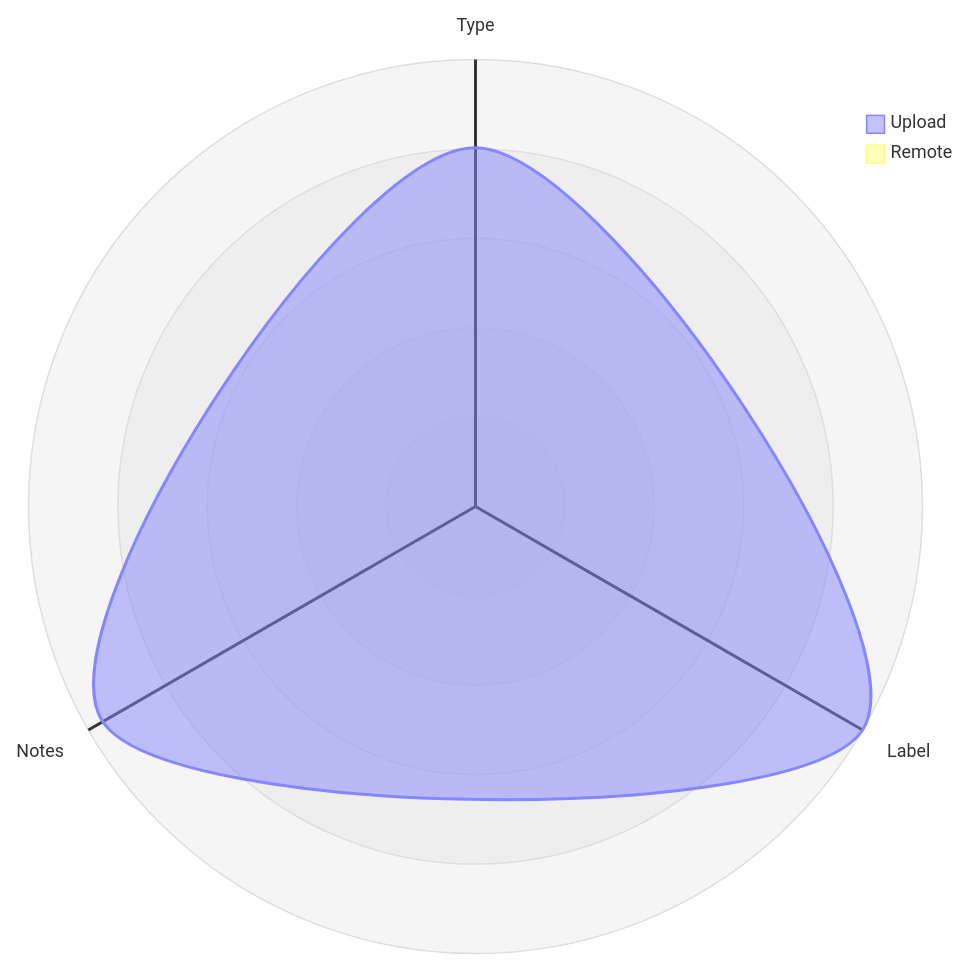
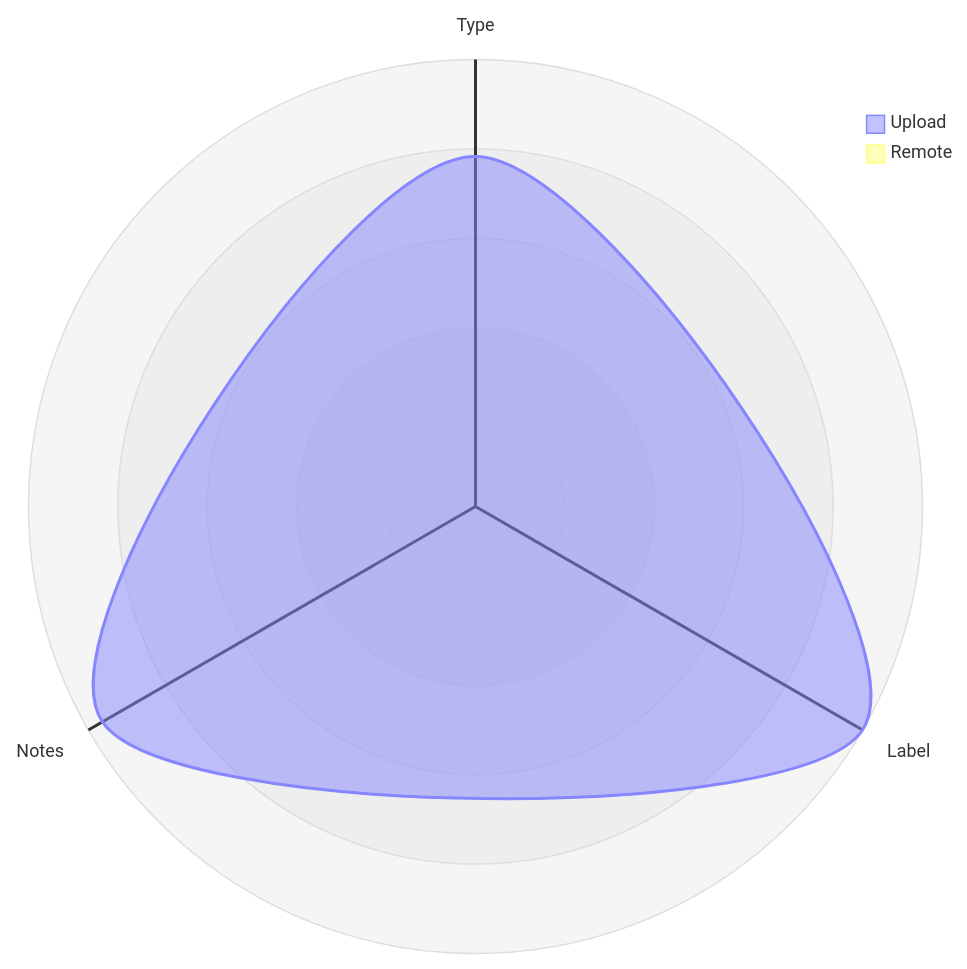
Before and after one commit to open-data/analytics-corporate-reporting: the third of 5 diagrams in datastore_tracker/README.md, drawn with Mermaid. The commit also changed other lines of this file and 9 other files, not shown here.

````diff
--- a/datastore_tracker/README.md
+++ b/datastore_tracker/README.md
@@ -104,12 +104,12 @@
 ```mermaid
 radar-beta
   axis T["Type"], L["Label"], N["Notes"]
-  curve u["Upload"]{0.00065, 0.00081, 0.00078}
+  curve u["Upload"]{0.00065, 0.00083, 0.0008}
   curve r["Remote"]{0, 0, 0}
 
   showLegend true
 
   min 0
   graticule circle
   ticks 5
 ```
````
